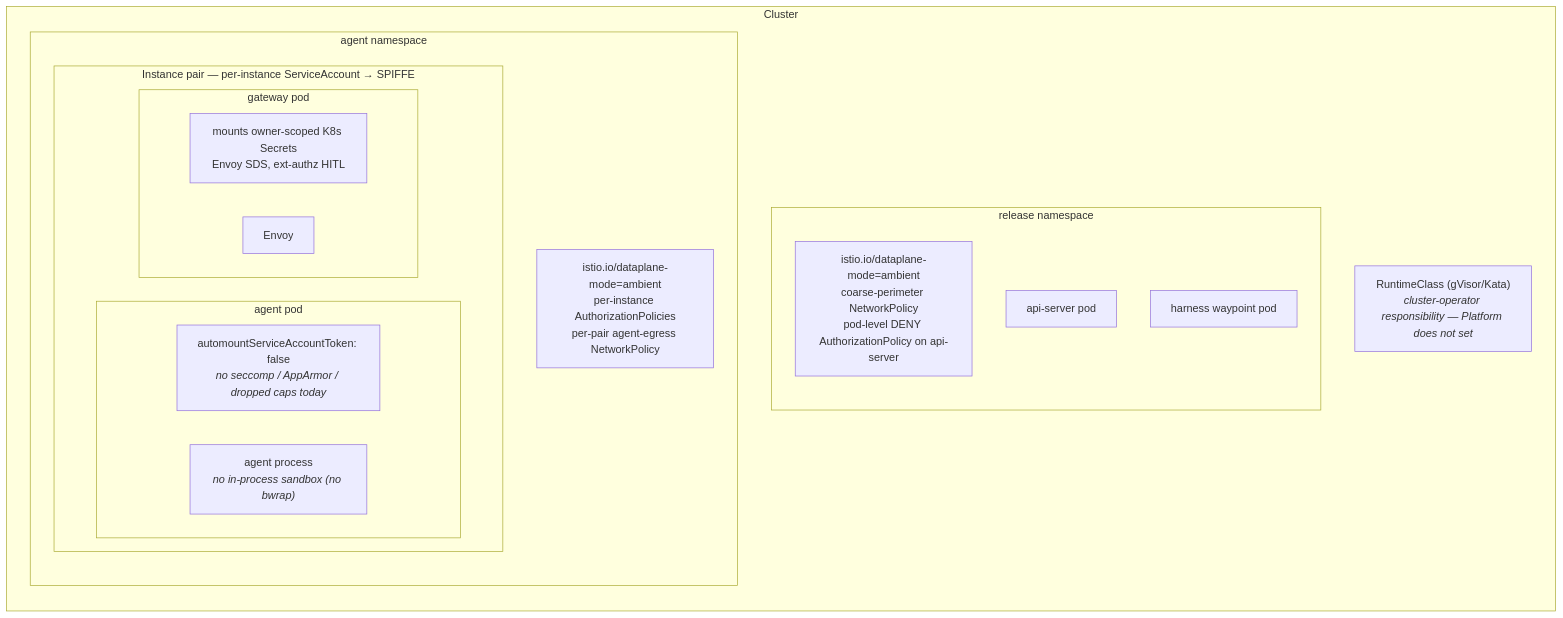
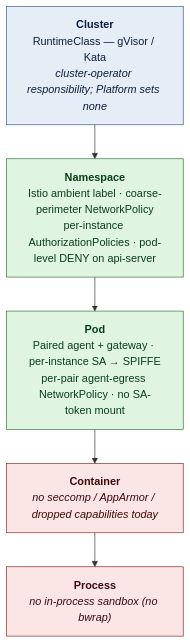
Before and after one commit to dam-agents/dam: the first of 4 diagrams in docs/strategy/security-overview.md, drawn with Mermaid. The commit also changed other lines of this file, not shown here.

Commit message:
docs: flatten isolation-levels diagram for legibility

````diff
--- a/docs/strategy/security-overview.md
+++ b/docs/strategy/security-overview.md
@@ -19,31 +19,17 @@
 ```mermaid
 flowchart TB
-  subgraph cluster[Cluster]
-    direction TB
-    note_cluster["RuntimeClass (gVisor/Kata)<br/><i>cluster-operator responsibility — Platform does not set</i>"]
+  L1["<b>Cluster</b><br/>RuntimeClass — gVisor / Kata<br/><i>cluster-operator responsibility; Platform sets none</i>"]
+  L2["<b>Namespace</b><br/>Istio ambient label · coarse-perimeter NetworkPolicy<br/>per-instance AuthorizationPolicies · pod-level DENY on api-server"]
+  L3["<b>Pod</b><br/>Paired agent + gateway · per-instance SA → SPIFFE<br/>per-pair agent-egress NetworkPolicy · no SA-token mount"]
+  L4["<b>Container</b><br/><i>no seccomp / AppArmor / dropped capabilities today</i>"]
+  L5["<b>Process</b><br/><i>no in-process sandbox (no bwrap)</i>"]
 
-    subgraph release_ns[release namespace]
-      direction TB
-      note_relns["istio.io/dataplane-mode=ambient<br/>coarse-perimeter NetworkPolicy<br/>pod-level DENY AuthorizationPolicy on api-server"]
-      apiserver_pod[api-server pod]
-      waypoint_pod[harness waypoint pod]
-    end
+  L1 --> L2 --> L3 --> L4 --> L5
 
-    subgraph agent_ns[agent namespace]
-      direction TB
-      note_agentns["istio.io/dataplane-mode=ambient<br/>per-instance AuthorizationPolicies<br/>per-pair agent-egress NetworkPolicy"]
-
-      subgraph pair[Instance pair — per-instance ServiceAccount → SPIFFE]
-        direction LR
-        subgraph agent_pod[agent pod]
-          note_agentpod["automountServiceAccountToken: false<br/><i>no seccomp / AppArmor / dropped caps today</i>"]
-          agent_proc["agent process<br/><i>no in-process sandbox (no bwrap)</i>"]
-        end
-        subgraph gw_pod[gateway pod]
-          note_gwpod["mounts owner-scoped K8s Secrets<br/>Envoy SDS, ext-authz HITL"]
-          envoy_proc[Envoy]
-        end
-      end
-    end
-  end
+  classDef owned fill:#dff5e1,stroke:#2a7a3a,color:#0b3d18
+  classDef external fill:#e5edf7,stroke:#3a5a8a,color:#0b1f3d
+  classDef gap fill:#fbe5e5,stroke:#8a2a2a,color:#3d0b0b
+  class L1 external
+  class L2,L3 owned
+  class L4,L5 gap
 ```
````
